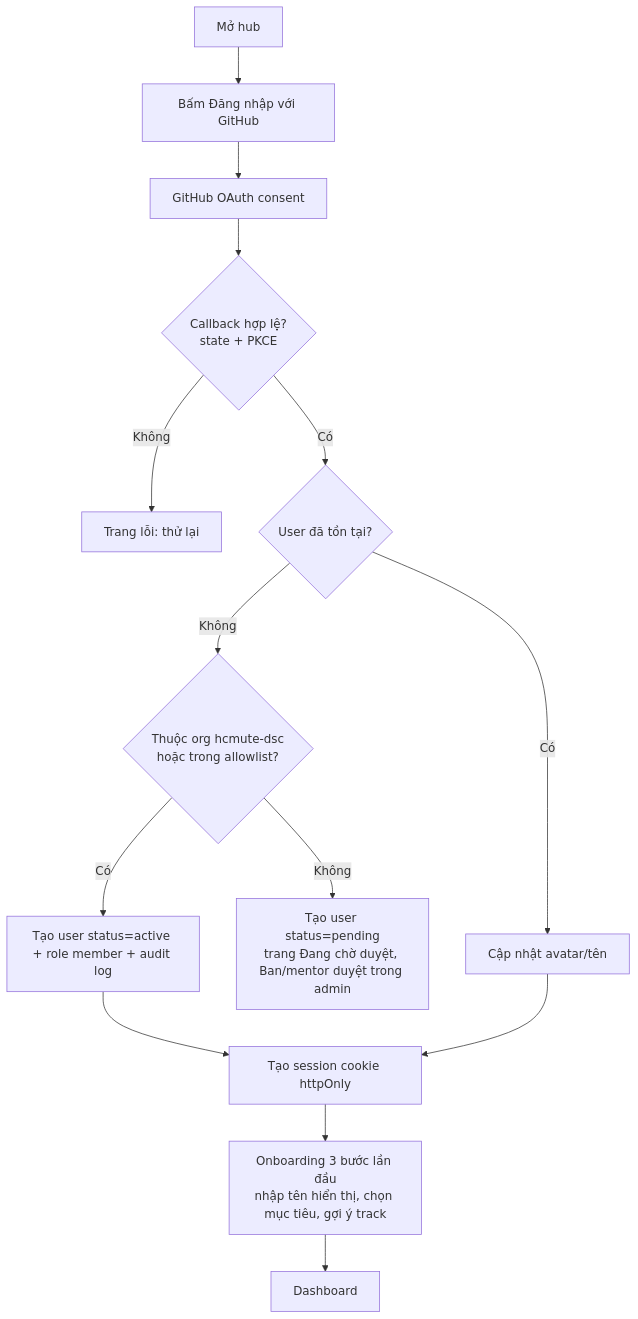
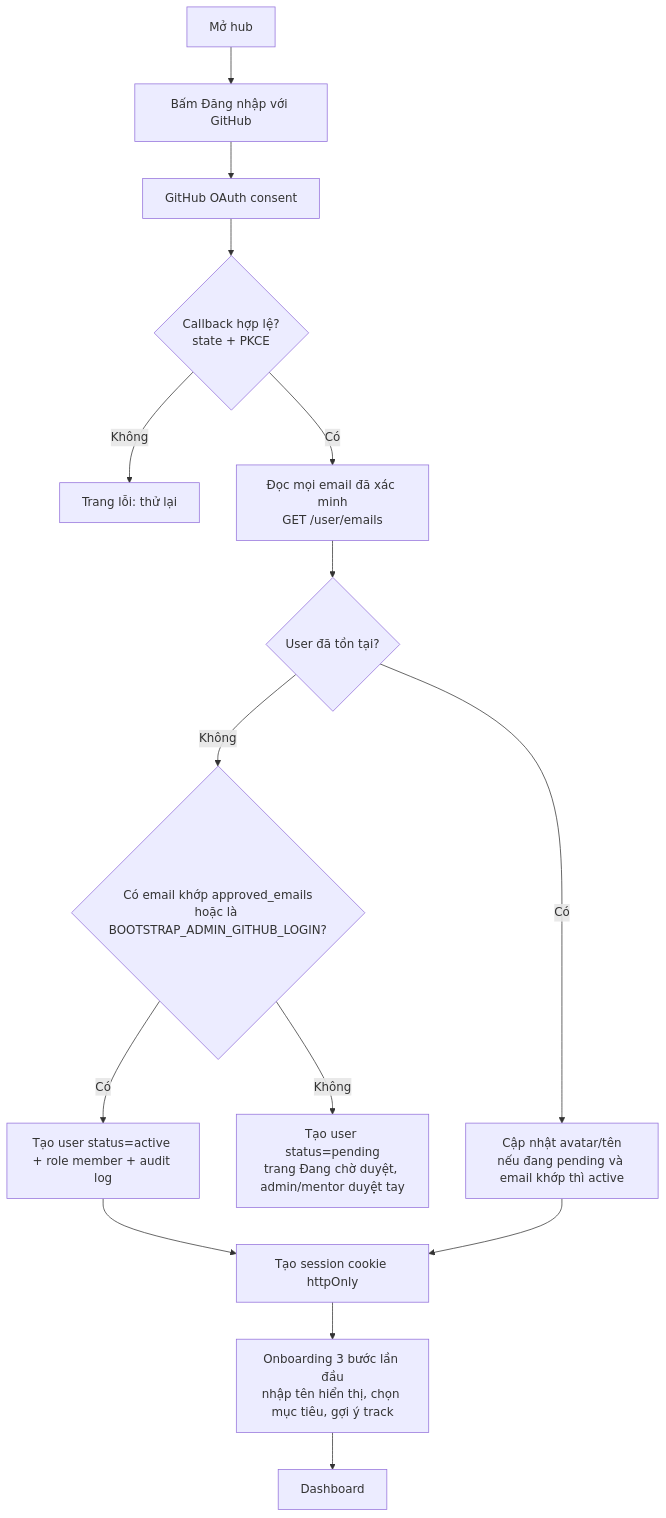
The first of 10 diagrams in docs/product/USER-FLOWS.md (hcmute-dsc/learning-hub-docs), drawn with Mermaid before and after one commit. The commit also changed other lines of this file and 12 other files, not shown here.

````diff
--- a/docs/product/USER-FLOWS.md
+++ b/docs/product/USER-FLOWS.md
@@ -10,16 +10,17 @@
 ```mermaid
 flowchart TD
   A[Mở hub] --> B[Bấm Đăng nhập với GitHub]
   B --> C[GitHub OAuth consent]
   C --> D{Callback hợp lệ?<br/>state + PKCE}
   D -- Không --> E[Trang lỗi: thử lại]
-  D -- Có --> H{User đã tồn tại?}
-  H -- Không --> P{Thuộc org hcmute-dsc<br/>hoặc trong allowlist?}
+  D -- Có --> V[Đọc mọi email đã xác minh<br/>GET /user/emails]
+  V --> H{User đã tồn tại?}
+  H -- Không --> P{Có email khớp approved_emails<br/>hoặc là BOOTSTRAP_ADMIN_GITHUB_LOGIN?}
   P -- Có --> I[Tạo user status=active + role member + audit log]
-  P -- Không --> G[Tạo user status=pending<br/>trang Đang chờ duyệt, Ban/mentor duyệt trong admin]
-  H -- Có --> J[Cập nhật avatar/tên]
+  P -- Không --> G[Tạo user status=pending<br/>trang Đang chờ duyệt, admin/mentor duyệt tay]
+  H -- Có --> J[Cập nhật avatar/tên<br/>nếu đang pending và email khớp thì active]
   I --> K[Tạo session cookie httpOnly]
   J --> K
   K --> L[Onboarding 3 bước lần đầu<br/>nhập tên hiển thị, chọn mục tiêu, gợi ý track]
   L --> M[Dashboard]
 ```
````
